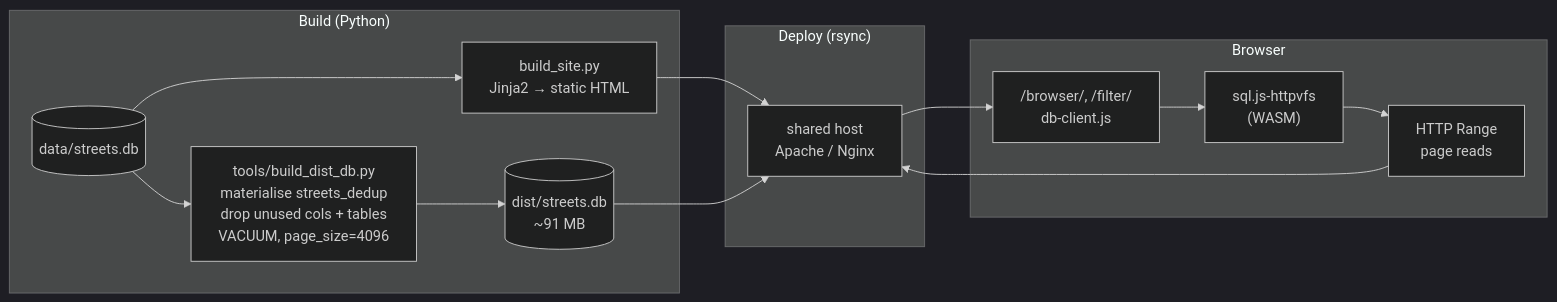
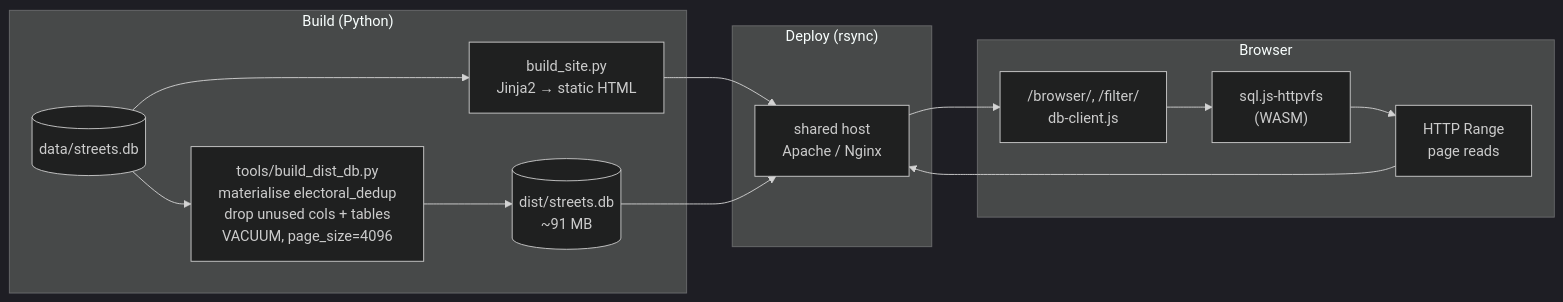
One commit to gov2-ro/nume-strazi changed the third of 5 diagrams in README.md. Above: the diagram before and after it, drawn with Mermaid (dark theme). The commit also changed other lines of this file and 53 other files, not shown here.

````diff
--- a/README.md
+++ b/README.md
@@ -171,25 +175,25 @@
 ```mermaid
 flowchart LR
   subgraph build["Build (Python)"]
     DB[("data/streets.db")]
     SITE["build_site.py<br/>Jinja2 → static HTML"]
-    SLIM["tools/build_dist_db.py<br/>materialise streets_dedup<br/>drop unused cols + tables<br/>VACUUM, page_size=4096"]
+    SLIM["tools/build_dist_db.py<br/>materialise electoral_dedup<br/>drop unused cols + tables<br/>VACUUM, page_size=4096"]
     DIST[("dist/streets.db<br/>~91 MB")]
   end
   subgraph dep["Deploy (rsync)"]
     HOST["shared host<br/>Apache / Nginx"]
   end
   subgraph runtime["Browser"]
     PAGE["/browser/, /filter/<br/>db-client.js"]
     WASM["sql.js-httpvfs<br/>(WASM)"]
     RANGE["HTTP Range<br/>page reads"]
   end
 
   DB --> SITE
   DB --> SLIM --> DIST
   SITE --> HOST
   DIST --> HOST
   HOST --> PAGE
   PAGE --> WASM
   WASM --> RANGE --> HOST
 ```
````
